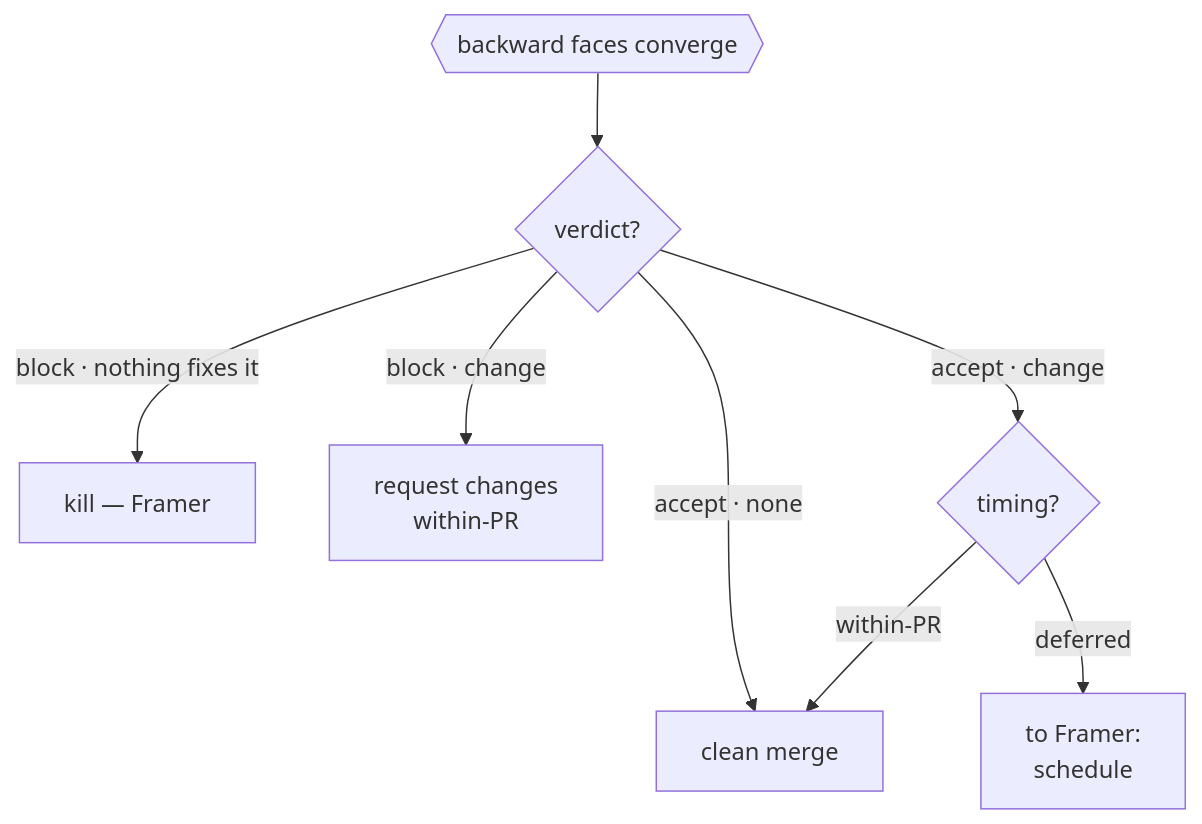
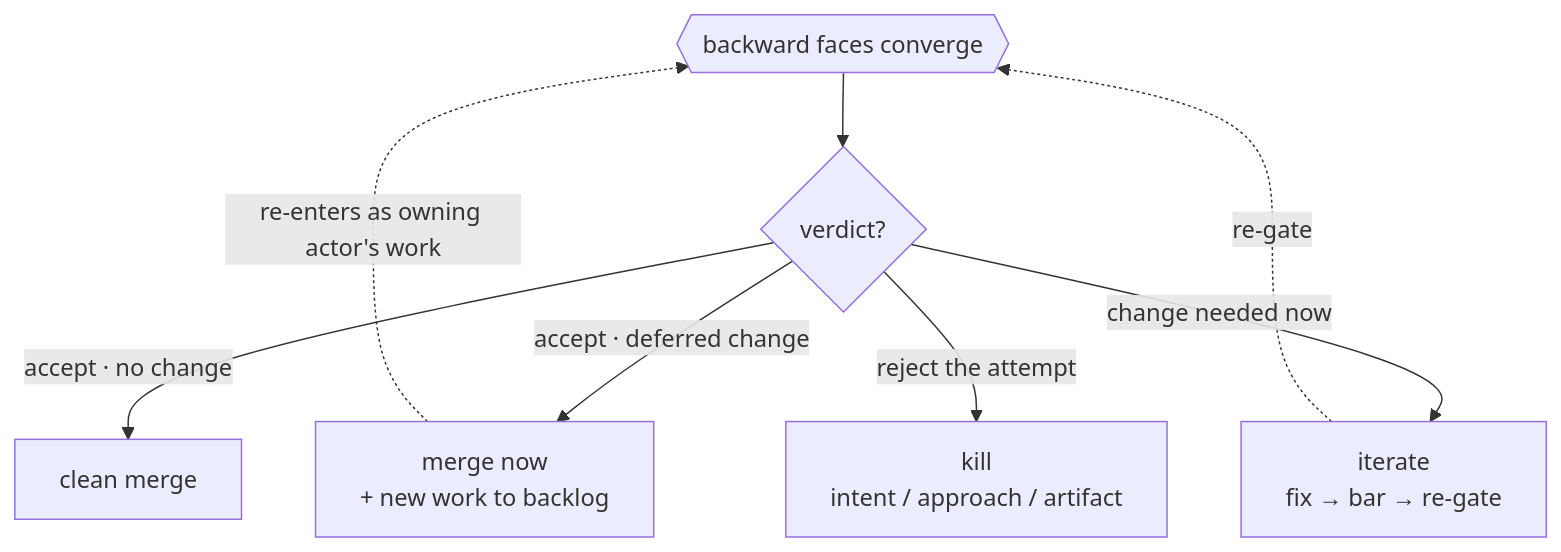
Before and after one commit to cyberuni/cyberplace: the fourth of 6 diagrams in docs/ideas/actor-delegate-model.md, drawn with Mermaid. The commit also changed other lines of this file and 1 other file, not shown here.

First line of the commit message:
docs(ideas): de-overload Framer; fix gate outcomes and the loop section

````diff
--- a/docs/ideas/actor-delegate-model.md
+++ b/docs/ideas/actor-delegate-model.md
@@ -147,10 +148,10 @@
 ```mermaid
 flowchart TB
     G{{"backward faces converge"}} --> V{"verdict?"}
-    V -->|"block · nothing fixes it"| K["kill — Framer"]
-    V -->|"block · change"| RC["request changes<br/>within-PR"]
-    V -->|"accept · none"| M["clean merge"]
-    V -->|"accept · change"| MW{"timing?"}
-    MW -->|within-PR| M
-    MW -->|deferred| FB["to Framer:<br/>schedule"]
+    V -->|"accept · no change"| M["clean merge"]
+    V -->|"accept · deferred change"| MD["merge now<br/>+ new work to backlog"]
+    V -->|"change needed now"| IT["iterate<br/>fix → bar → re-gate"]
+    V -->|"reject the attempt"| K["kill<br/>intent / approach / artifact"]
+    IT -.->|"re-gate"| G
+    MD -.->|"re-enters as owning actor's work"| G
 ```
````
